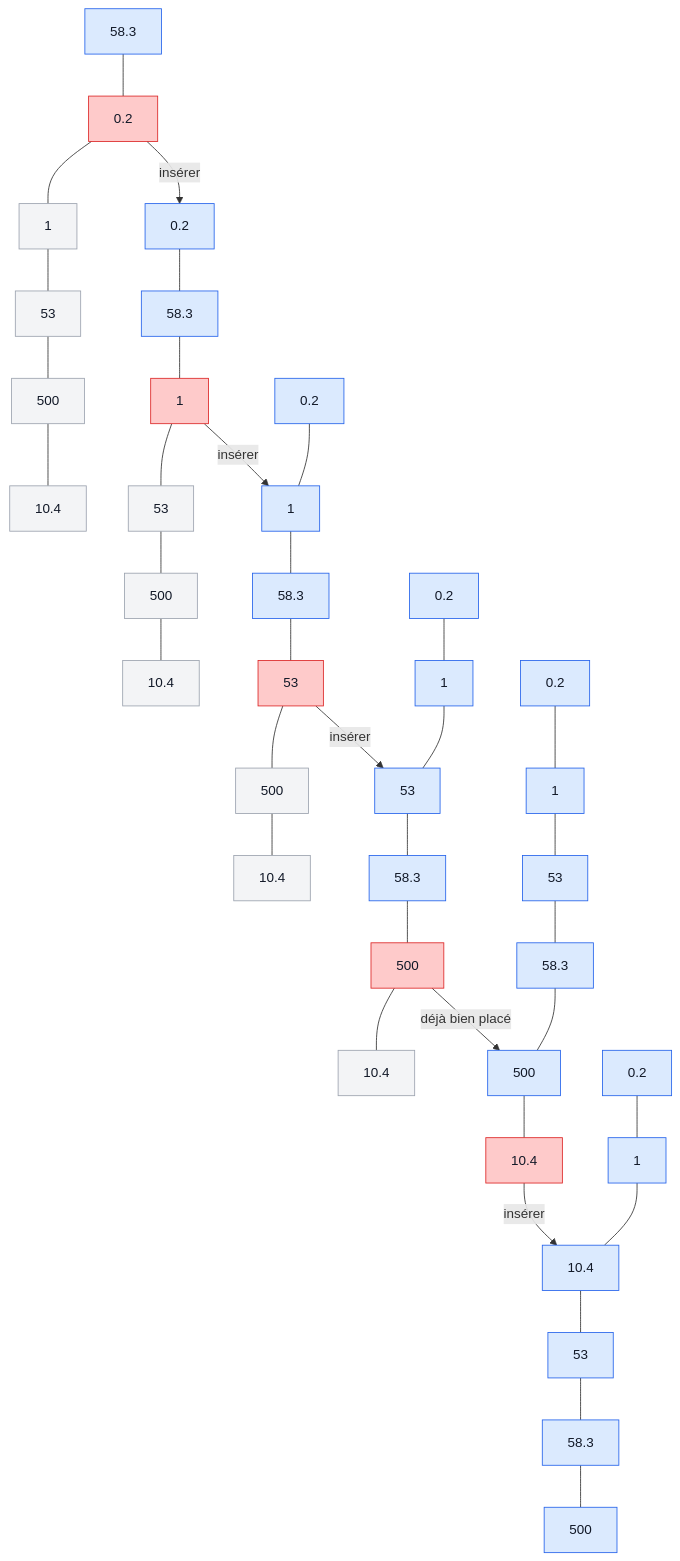
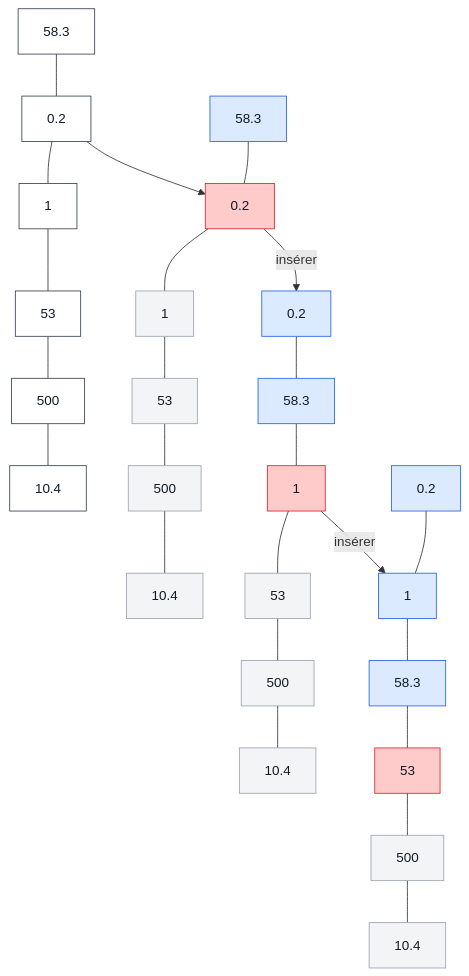
One commit to Ogust1-off/Informatique changed the second of 2 diagrams in cours.md. Above: the diagram before and after it, drawn with Mermaid.

````diff
--- a/cours.md
+++ b/cours.md
@@ -888,62 +888,48 @@
 ```mermaid
 flowchart TB
+
+    I1["58.3"]:::initial
+    I2["0.2"]:::initial
+    I3["1"]:::initial
+    I4["53"]:::initial
+    I5["500"]:::initial
+    I6["10.4"]:::initial
+
+    I1 --- I2 --- I3 --- I4 --- I5 --- I6
 
     A1["58.3"]:::sorted
     A2["0.2"]:::selected
     A3["1"]:::unsorted
     A4["53"]:::unsorted
     A5["500"]:::unsorted
     A6["10.4"]:::unsorted
 
+    A1 --- A2 --- A3 --- A4 --- A5 --- A6
+
     B1["0.2"]:::sorted
     B2["58.3"]:::sorted
     B3["1"]:::selected
     B4["53"]:::unsorted
     B5["500"]:::unsorted
     B6["10.4"]:::unsorted
+
+    B1 --- B2 --- B3 --- B4 --- B5 --- B6
 
     C1["0.2"]:::sorted
     C2["1"]:::sorted
     C3["58.3"]:::sorted
     C4["53"]:::selected
     C5["500"]:::unsorted
     C6["10.4"]:::unsorted
 
-    D1["0.2"]:::sorted
-    D2["1"]:::sorted
-    D3["53"]:::sorted
-    D4["58.3"]:::sorted
-    D5["500"]:::selected
-    D6["10.4"]:::unsorted
+    C1 --- C2 --- C3 --- C4 --- C5 --- C6
 
-    E1["0.2"]:::sorted
-    E2["1"]:::sorted
-    E3["53"]:::sorted
-    E4["58.3"]:::sorted
-    E5["500"]:::sorted
-    E6["10.4"]:::selected
-
-    F1["0.2"]:::sorted
-    F2["1"]:::sorted
-    F3["10.4"]:::sorted
-    F4["53"]:::sorted
-    F5["58.3"]:::sorted
-    F6["500"]:::sorted
-
-    A1 --- A2 --- A3 --- A4 --- A5 --- A6
-    B1 --- B2 --- B3 --- B4 --- B5 --- B6
-    C1 --- C2 --- C3 --- C4 --- C5 --- C6
-    D1 --- D2 --- D3 --- D4 --- D5 --- D6
-    E1 --- E2 --- E3 --- E4 --- E5 --- E6
-    F1 --- F2 --- F3 --- F4 --- F5 --- F6
-
+    I2 --> A2
     A2 -->|"insérer"| B1
     B3 -->|"insérer"| C2
-    C4 -->|"insérer"| D3
-    D5 -->|"déjà bien placé"| E5
-    E6 -->|"insérer"| F3
 
+    classDef initial fill:#ffffff,stroke:#374151,color:#111827;
     classDef sorted fill:#dbeafe,stroke:#2563eb,color:#111827;
     classDef selected fill:#fecaca,stroke:#dc2626,color:#111827;
     classDef unsorted fill:#f3f4f6,stroke:#9ca3af,color:#111827;
 ```
````
